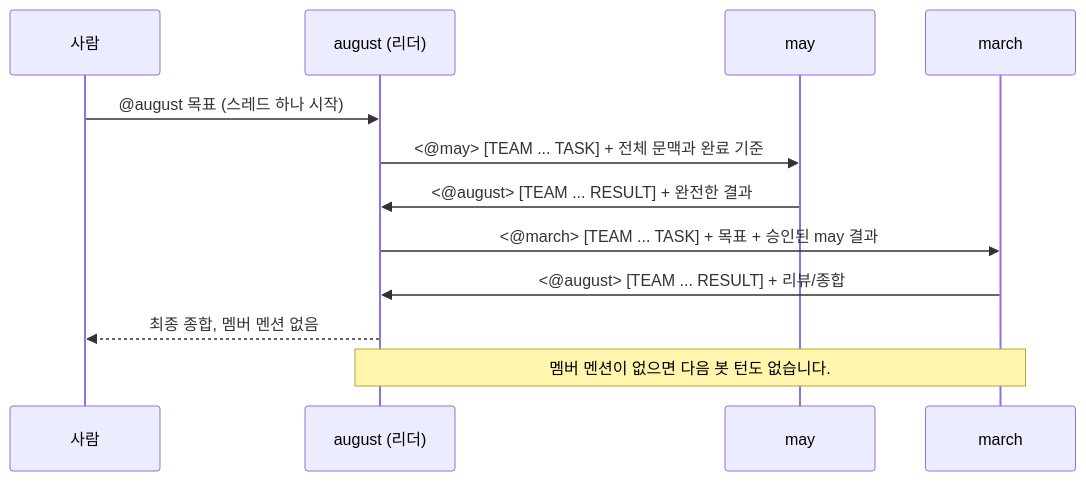
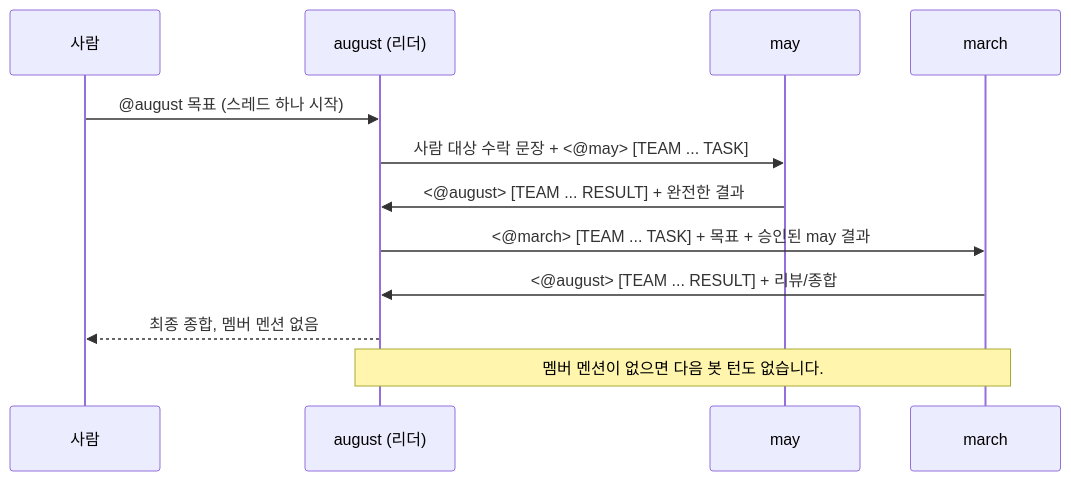
The diagram in docs/ko/advanced/teams/reference.md (jyje/hermes-agent-helm), drawn with Mermaid before and after one commit. The commit also changed other lines of this file and 4 other files, not shown here.

````diff
--- a/docs/ko/advanced/teams/reference.md
+++ b/docs/ko/advanced/teams/reference.md
@@ -273,15 +273,15 @@
 ```mermaid
 sequenceDiagram
     participant H as 사람
     participant A as august (리더)
     participant M as may
     participant R as march
 
     H->>A: @august 목표 (스레드 하나 시작)
-    A->>M: <@may> [TEAM ... TASK] + 전체 문맥과 완료 기준
+    A->>M: 사람 대상 수락 문장 + <@may> [TEAM ... TASK]
     M->>A: <@august> [TEAM ... RESULT] + 완전한 결과
     A->>R: <@march> [TEAM ... TASK] + 목표 + 승인된 may 결과
     R->>A: <@august> [TEAM ... RESULT] + 리뷰/종합
     A-->>H: 최종 종합, 멤버 멘션 없음
     Note over A,R: 멤버 멘션이 없으면 다음 봇 턴도 없습니다.
 ```
````
